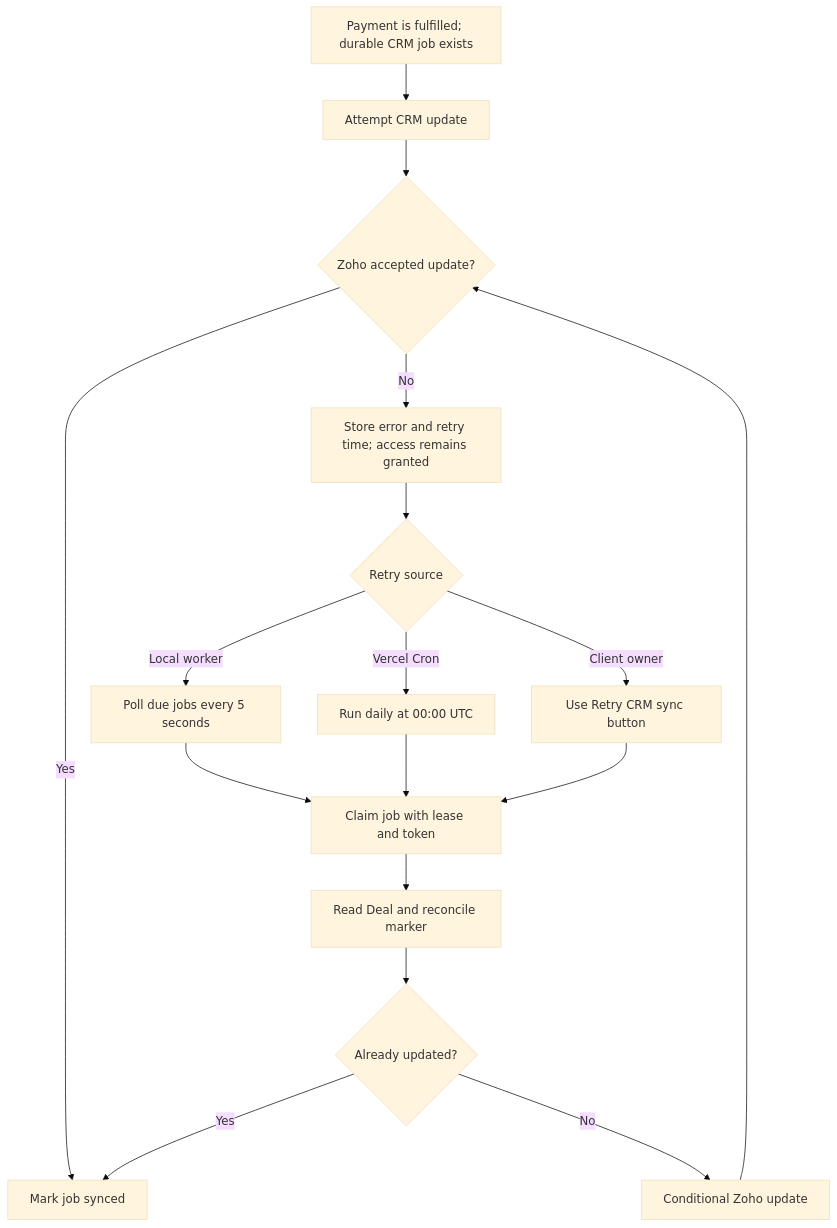
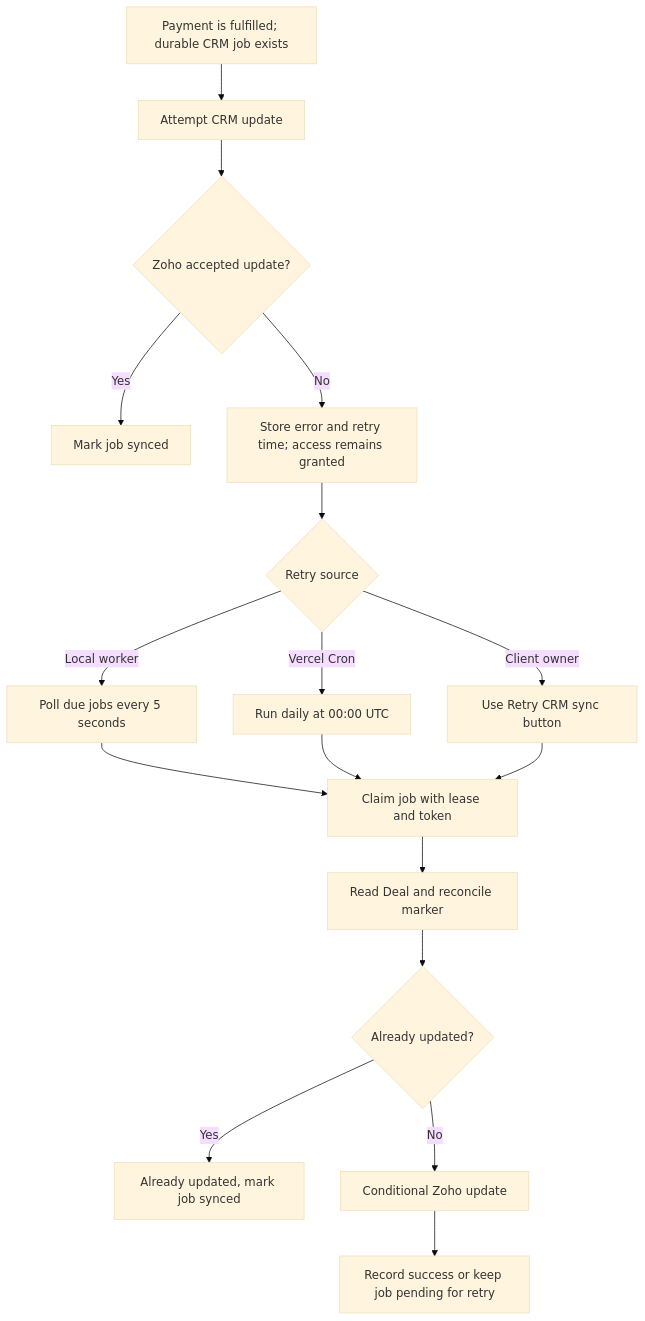
Before and after one commit to SantoshKumarRavi/paid-client-access-assessment: the sixth of 6 diagrams in docs/architecture.md, drawn with Mermaid (base theme). The commit also changed other lines of this file, not shown here.

Commit message:
docs: fix and simplify Mermaid diagrams

````diff
--- a/docs/architecture.md
+++ b/docs/architecture.md
@@ -173,19 +183,19 @@
 ```mermaid
 flowchart TD
     A[Payment is fulfilled; durable CRM job exists] --> B[Attempt CRM update]
     B --> C{Zoho accepted update?}
     C -->|Yes| D[Mark job synced]
     C -->|No| E[Store error and retry time; access remains granted]
     E --> F{Retry source}
     F -->|Local worker| G[Poll due jobs every 5 seconds]
     F -->|Vercel Cron| H[Run daily at 00:00 UTC]
     F -->|Client owner| I[Use Retry CRM sync button]
     G --> J[Claim job with lease and token]
     H --> J
     I --> J
     J --> K[Read Deal and reconcile marker]
     K --> L{Already updated?}
-    L -->|Yes| D
+    L -->|Yes| O[Already updated, mark job synced]
     L -->|No| M[Conditional Zoho update]
-    M --> C
+    M --> N[Record success or keep job pending for retry]
 ```
````
